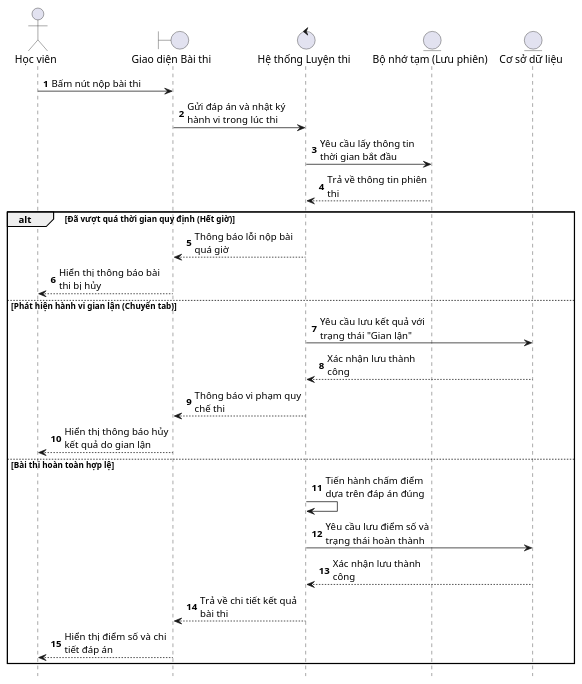
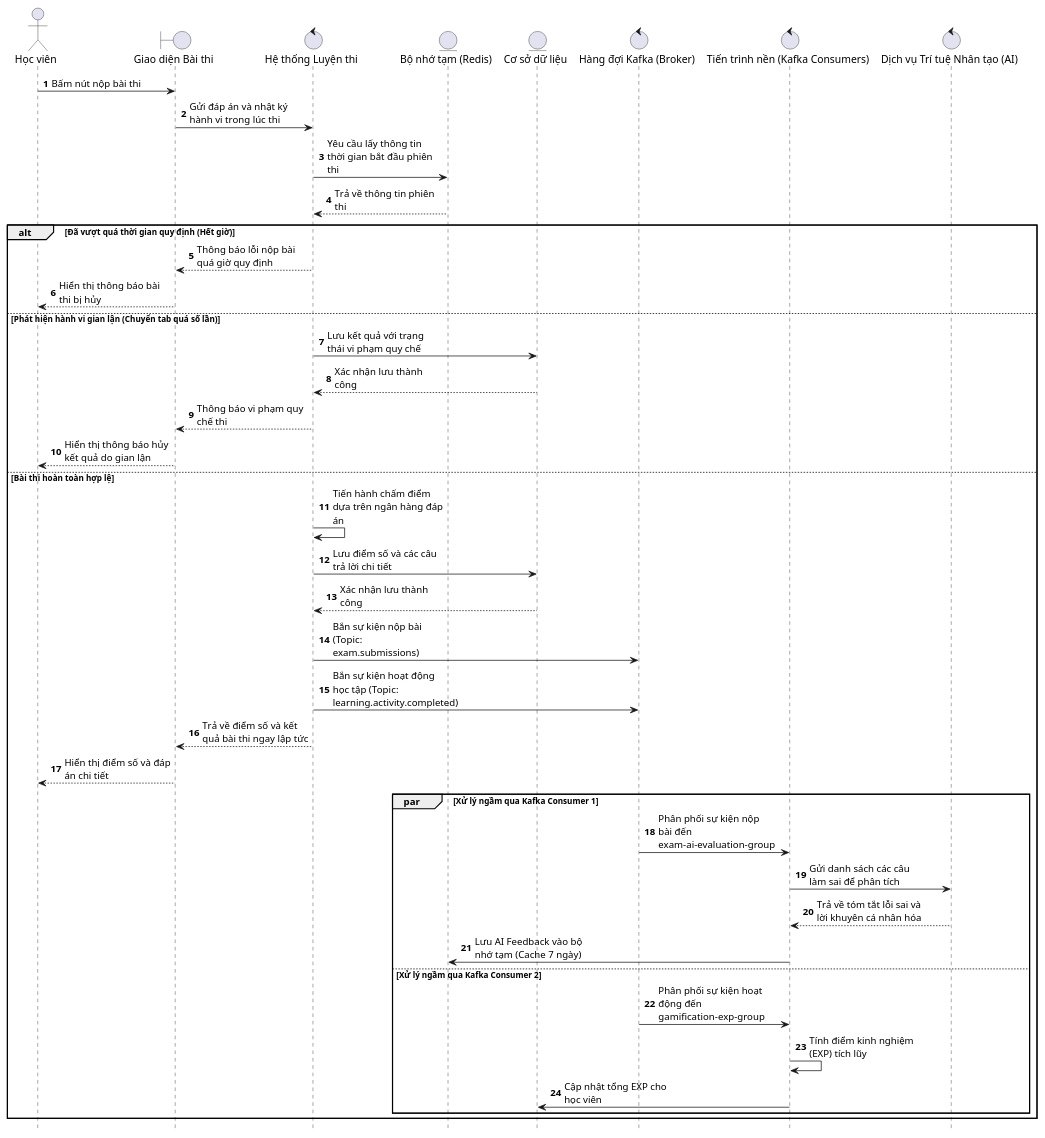
The fifth of 7 diagrams in Sequence_Diagrams_VN.md (vylote/Multi-platform-English-learning-system), drawn with PlantUML before and after one commit. The commit also changed other lines of this file and 18 other files, not shown here.

Commit message:
đổi thuật toán tính điểm, sửa giao diện

````diff
--- a/Sequence_Diagrams_VN.md
+++ b/Sequence_Diagrams_VN.md
@@ -172,36 +191,54 @@
 ```plantuml
 @startuml
 hide footbox
 skinparam maxMessageSize 150
 skinparam ParticipantPadding 20
 
 actor "Học viên" as User
 boundary "Giao diện Bài thi" as UI
 control "Hệ thống Luyện thi" as System
-entity "Bộ nhớ tạm (Lưu phiên)" as Cache
+entity "Bộ nhớ tạm (Redis)" as Cache
 entity "Cơ sở dữ liệu" as DB
+control "Hàng đợi Kafka (Broker)" as Kafka
+control "Tiến trình nền (Kafka Consumers)" as Worker
+control "Dịch vụ Trí tuệ Nhân tạo (AI)" as AI
 
 autonumber
 
 User -> UI : Bấm nút nộp bài thi
 UI -> System : Gửi đáp án và nhật ký hành vi trong lúc thi
-System -> Cache : Yêu cầu lấy thông tin thời gian bắt đầu
+System -> Cache : Yêu cầu lấy thông tin thời gian bắt đầu phiên thi
 Cache --> System : Trả về thông tin phiên thi
 
 alt Đã vượt quá thời gian quy định (Hết giờ)
-    System --> UI : Thông báo lỗi nộp bài quá giờ
+    System --> UI : Thông báo lỗi nộp bài quá giờ quy định
     UI --> User : Hiển thị thông báo bài thi bị hủy
-else Phát hiện hành vi gian lận (Chuyển tab)
-    System -> DB : Yêu cầu lưu kết quả với trạng thái "Gian lận"
+else Phát hiện hành vi gian lận (Chuyển tab quá số lần)
+    System -> DB : Lưu kết quả với trạng thái vi phạm quy chế
     DB --> System : Xác nhận lưu thành công
     System --> UI : Thông báo vi phạm quy chế thi
     UI --> User : Hiển thị thông báo hủy kết quả do gian lận
 else Bài thi hoàn toàn hợp lệ
-    System -> System : Tiến hành chấm điểm dựa trên đáp án đúng
-    System -> DB : Yêu cầu lưu điểm số và trạng thái hoàn thành
+    System -> System : Tiến hành chấm điểm dựa trên ngân hàng đáp án
+    System -> DB : Lưu điểm số và các câu trả lời chi tiết
     DB --> System : Xác nhận lưu thành công
-    System --> UI : Trả về chi tiết kết quả bài thi
-    UI --> User : Hiển thị điểm số và chi tiết đáp án
+    
+    System -> Kafka : Bắn sự kiện nộp bài (Topic: exam.submissions)
+    System -> Kafka : Bắn sự kiện hoạt động học tập (Topic: learning.activity.completed)
+    
+    System --> UI : Trả về điểm số và kết quả bài thi ngay lập tức
+    UI --> User : Hiển thị điểm số và đáp án chi tiết
+    
+    par Xử lý ngầm qua Kafka Consumer 1
+        Kafka -> Worker : Phân phối sự kiện nộp bài đến exam-ai-evaluation-group
+        Worker -> AI : Gửi danh sách các câu làm sai để phân tích
+        AI --> Worker : Trả về tóm tắt lỗi sai và lời khuyên cá nhân hóa
+        Worker -> Cache : Lưu AI Feedback vào bộ nhớ tạm (Cache 7 ngày)
+    else Xử lý ngầm qua Kafka Consumer 2
+        Kafka -> Worker : Phân phối sự kiện hoạt động đến gamification-exp-group
+        Worker -> Worker : Tính điểm kinh nghiệm (EXP) tích lũy
+        Worker -> DB : Cập nhật tổng EXP cho học viên
+    end
 end
 @enduml
 ```
````
